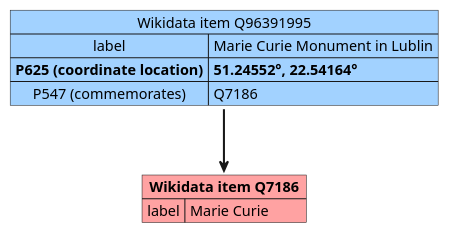
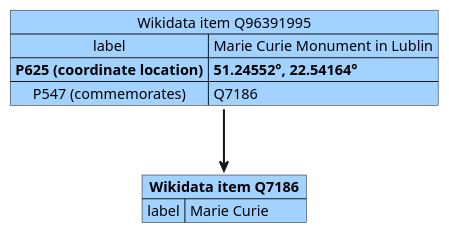
Before and after one commit to Danysan1/osm-wikidata-map-framework: the diagram in images/data/wd_direct.plantuml, drawn with PlantUML. The commit also changed 29 other files, not shown here.

```diff
--- a/images/data/wd_direct.plantuml
+++ b/images/data/wd_direct.plantuml
@@ -1,15 +1,15 @@
 @startuml wd_direct
 
-map "**Wikidata item Q7186**" as wikia #ffa2a2 {
+map "**Wikidata item Q7186**" as wikia #a2d2ff {
   label => Marie Curie
 }
 
 map "Wikidata item Q96391995" as wikie #a2d2ff {
   label => Marie Curie Monument in Lublin
   **P625 (coordinate location)** => **51.24552°, 22.54164°**
   P547 (commemorates) => Q7186
 }
 
 wikie -[bold]-> wikia
 
 @enduml
```
